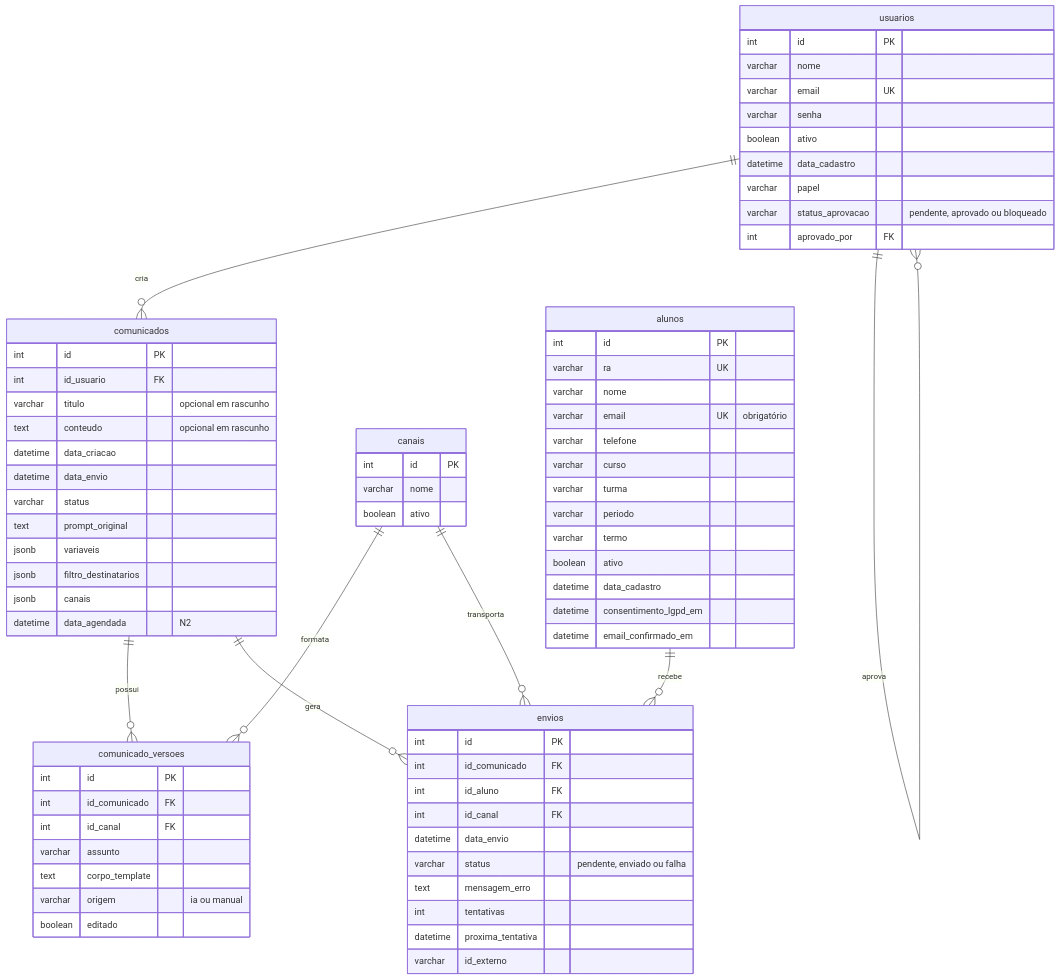
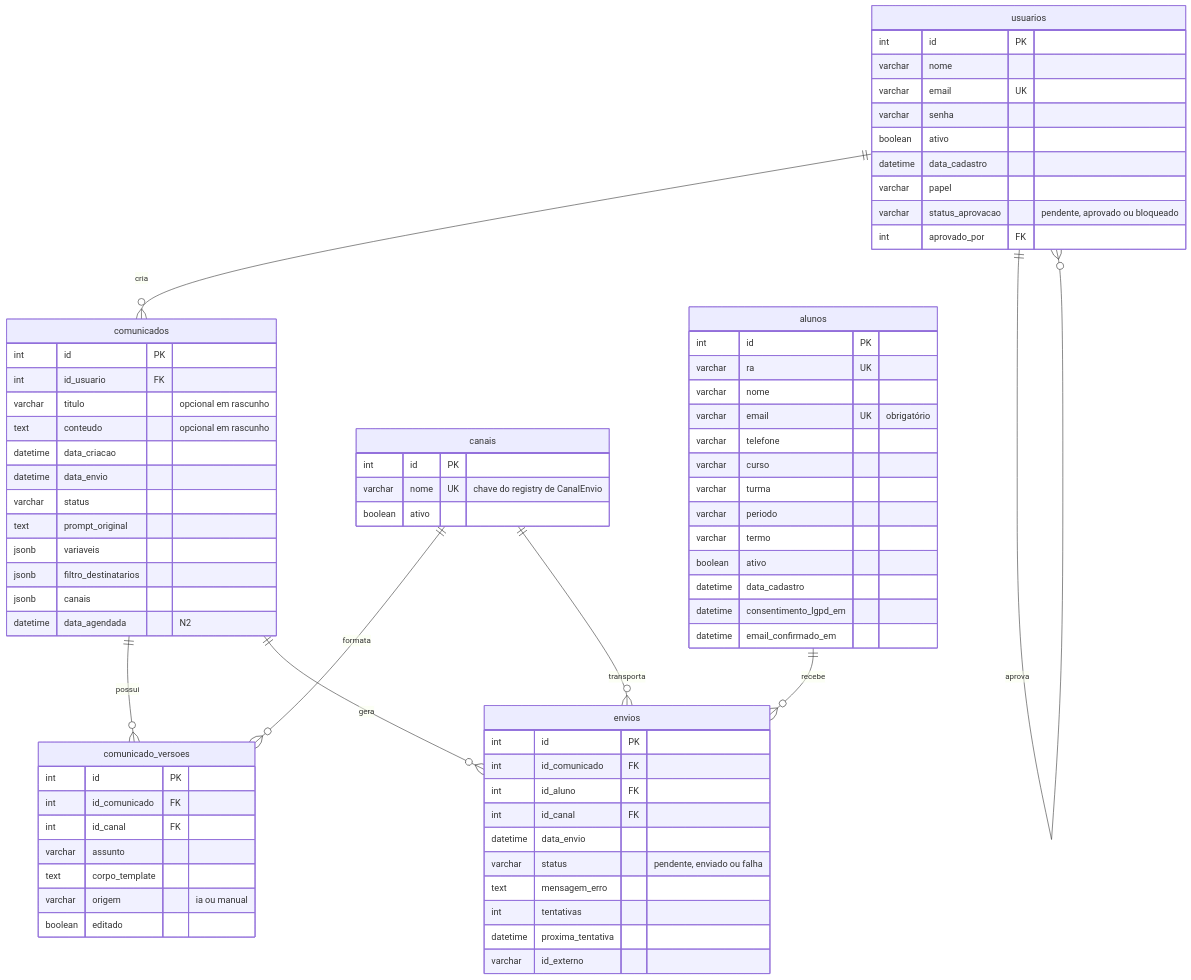
The second of 5 diagrams in docs/arquitetura.md (mlsag/ACIF), drawn with Mermaid before and after one commit. The commit also changed other lines of this file and 1 other file, not shown here.

Commit message:
docs(T03): adiciona chave única em canais.nome no ER
Mudança de contrato aprovada: o registry de CanalEnvio e o seed localizam
o canal pelo nome, e a chave evita canal duplicado e protege a
idempotência de envios. Marca a T03 como in_progress.

````diff
--- a/docs/arquitetura.md
+++ b/docs/arquitetura.md
@@ -118,77 +118,77 @@
 ```mermaid
 erDiagram
     usuarios ||--o{ comunicados : cria
     usuarios ||--o{ usuarios : aprova
     comunicados ||--o{ comunicado_versoes : possui
     canais ||--o{ comunicado_versoes : formata
     comunicados ||--o{ envios : gera
     alunos ||--o{ envios : recebe
     canais ||--o{ envios : transporta
 
     usuarios {
         int id PK
         varchar nome
         varchar email UK
         varchar senha
         boolean ativo
         datetime data_cadastro
         varchar papel
         varchar status_aprovacao "pendente, aprovado ou bloqueado"
         int aprovado_por FK
     }
     alunos {
         int id PK
         varchar ra UK
         varchar nome
         varchar email UK "obrigatório"
         varchar telefone
         varchar curso
         varchar turma
         varchar periodo
         varchar termo
         boolean ativo
         datetime data_cadastro
         datetime consentimento_lgpd_em
         datetime email_confirmado_em
     }
     comunicados {
         int id PK
         int id_usuario FK
         varchar titulo "opcional em rascunho"
         text conteudo "opcional em rascunho"
         datetime data_criacao
         datetime data_envio
         varchar status
         text prompt_original
         jsonb variaveis
         jsonb filtro_destinatarios
         jsonb canais
         datetime data_agendada "N2"
     }
     comunicado_versoes {
         int id PK
         int id_comunicado FK
         int id_canal FK
         varchar assunto
         text corpo_template
         varchar origem "ia ou manual"
         boolean editado
     }
     canais {
         int id PK
-        varchar nome
+        varchar nome UK "chave do registry de CanalEnvio"
         boolean ativo
     }
     envios {
         int id PK
         int id_comunicado FK
         int id_aluno FK
         int id_canal FK
         datetime data_envio
         varchar status "pendente, enviado ou falha"
         text mensagem_erro
         int tentativas
         datetime proxima_tentativa
         varchar id_externo
     }
 ```
````
